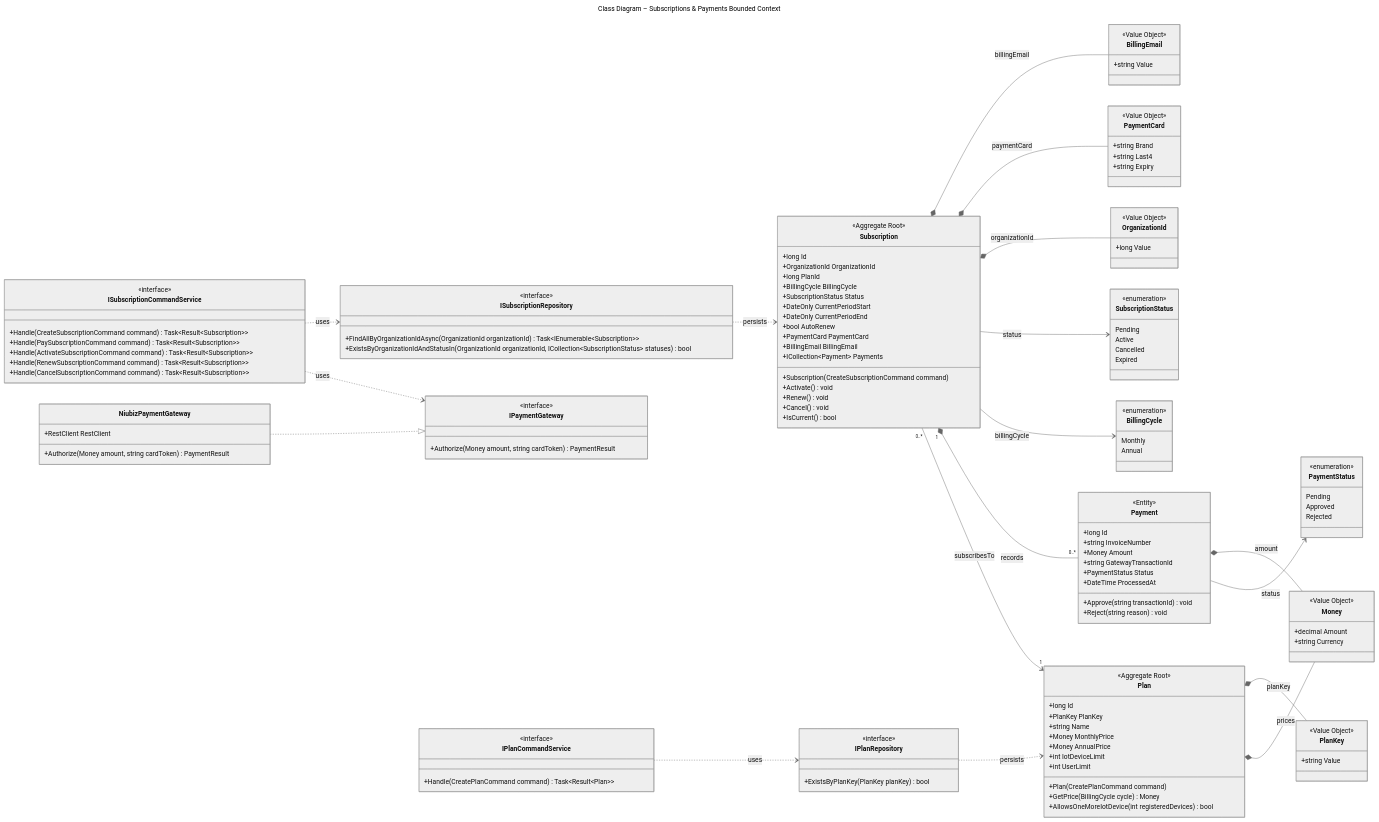
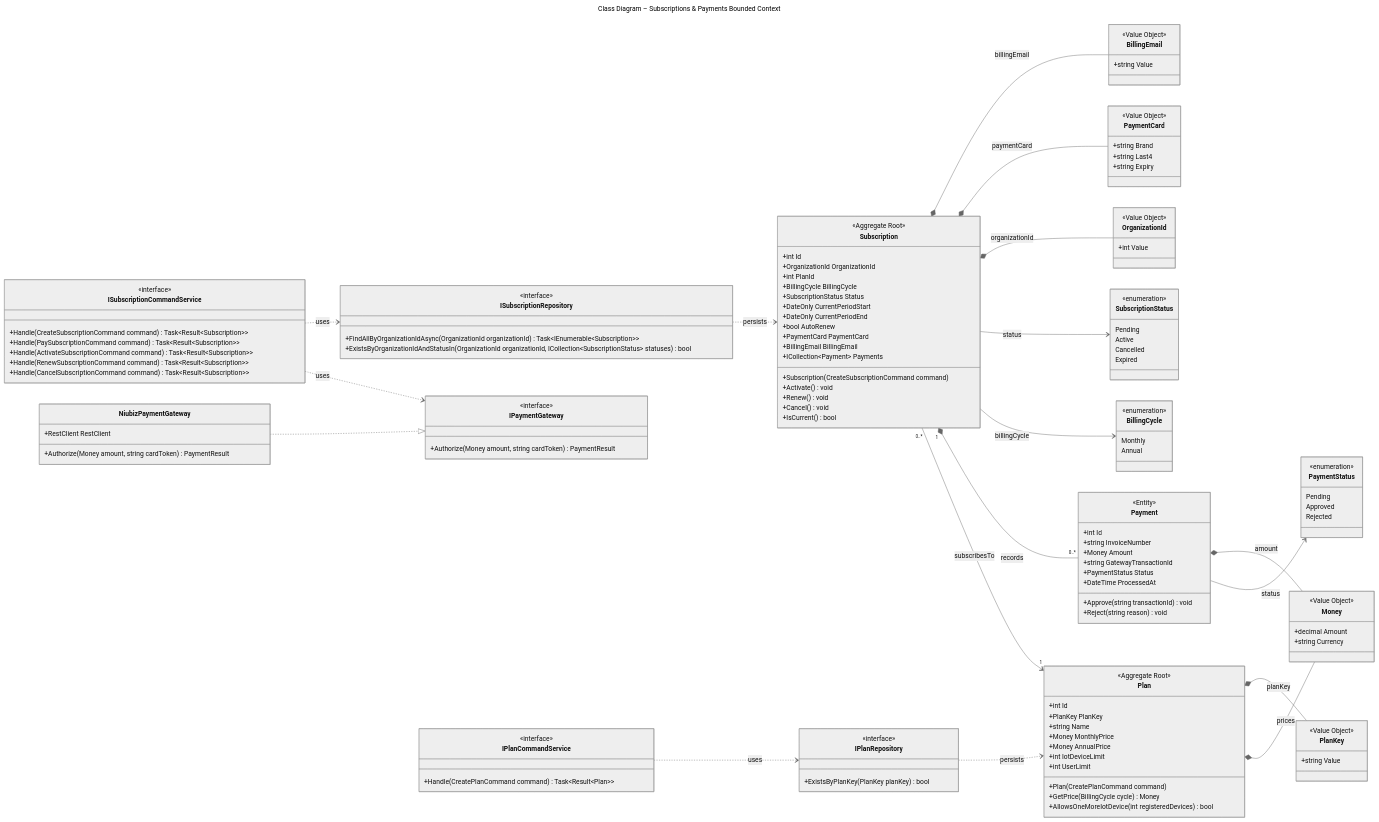
The diagram in assets/diagrams/mermaid/class-03-subscriptions.mmd (IngesCompanyCC/doofplus-report), drawn with Mermaid (neutral theme) before and after one commit. The commit also changed 24 other files, not shown here.

Commit message:
fix(diagrams): use int ids and add the manufacturing columns the backend already has

```diff
--- a/assets/diagrams/mermaid/class-03-subscriptions.mmd
+++ b/assets/diagrams/mermaid/class-03-subscriptions.mmd
@@ -1,135 +1,135 @@
 ---
 title: "Class Diagram – Subscriptions & Payments Bounded Context"
 ---
 classDiagram
   direction LR
   class Plan {
     <<Aggregate Root>>
-    +long Id
+    +int Id
     +PlanKey PlanKey
     +string Name
     +Money MonthlyPrice
     +Money AnnualPrice
     +int IotDeviceLimit
     +int UserLimit
     +Plan(CreatePlanCommand command)
     +GetPrice(BillingCycle cycle) Money
     +AllowsOneMoreIotDevice(int registeredDevices) bool
   }
   class Subscription {
     <<Aggregate Root>>
-    +long Id
+    +int Id
     +OrganizationId OrganizationId
-    +long PlanId
+    +int PlanId
     +BillingCycle BillingCycle
     +SubscriptionStatus Status
     +DateOnly CurrentPeriodStart
     +DateOnly CurrentPeriodEnd
     +bool AutoRenew
     +PaymentCard PaymentCard
     +BillingEmail BillingEmail
     +ICollection~Payment~ Payments
     +Subscription(CreateSubscriptionCommand command)
     +Activate() void
     +Renew() void
     +Cancel() void
     +IsCurrent() bool
   }
   class Payment {
     <<Entity>>
-    +long Id
+    +int Id
     +string InvoiceNumber
     +Money Amount
     +string GatewayTransactionId
     +PaymentStatus Status
     +DateTime ProcessedAt
     +Approve(string transactionId) void
     +Reject(string reason) void
   }
   class Money {
     <<Value Object>>
     +decimal Amount
     +string Currency
   }
   class PlanKey {
     <<Value Object>>
     +string Value
   }
   class OrganizationId {
     <<Value Object>>
-    +long Value
+    +int Value
   }
   class PaymentCard {
     <<Value Object>>
     +string Brand
     +string Last4
     +string Expiry
   }
   class BillingEmail {
     <<Value Object>>
     +string Value
   }
   class BillingCycle {
     <<enumeration>>
     Monthly
     Annual
   }
   class SubscriptionStatus {
     <<enumeration>>
     Pending
     Active
     Cancelled
     Expired
   }
   class PaymentStatus {
     <<enumeration>>
     Pending
     Approved
     Rejected
   }
   class IPaymentGateway {
     <<interface>>
     +Authorize(Money amount, string cardToken) PaymentResult
   }
   class NiubizPaymentGateway {
     +RestClient RestClient
     +Authorize(Money amount, string cardToken) PaymentResult
   }
   class IPlanRepository {
     <<interface>>
     +ExistsByPlanKey(PlanKey planKey) bool
   }
   class ISubscriptionRepository {
     <<interface>>
     +FindAllByOrganizationIdAsync(OrganizationId organizationId) Task~IEnumerable~Subscription~~
     +ExistsByOrganizationIdAndStatusIn(OrganizationId organizationId, ICollection~SubscriptionStatus~ statuses) bool
   }
   class IPlanCommandService {
     <<interface>>
     +Handle(CreatePlanCommand command) Task~Result~Plan~~
   }
   class ISubscriptionCommandService {
     <<interface>>
     +Handle(CreateSubscriptionCommand command) Task~Result~Subscription~~
     +Handle(PaySubscriptionCommand command) Task~Result~Subscription~~
     +Handle(ActivateSubscriptionCommand command) Task~Result~Subscription~~
     +Handle(RenewSubscriptionCommand command) Task~Result~Subscription~~
     +Handle(CancelSubscriptionCommand command) Task~Result~Subscription~~
   }
   Subscription "0..*" --> "1" Plan : subscribesTo
   Subscription "1" *-- "0..*" Payment : records
   Subscription --> BillingCycle : billingCycle
   Subscription --> SubscriptionStatus : status
   Subscription *-- OrganizationId : organizationId
   Subscription *-- PaymentCard : paymentCard
   Subscription *-- BillingEmail : billingEmail
   Payment --> PaymentStatus : status
   Payment *-- Money : amount
   Plan *-- Money : prices
   Plan *-- PlanKey : planKey
   NiubizPaymentGateway ..|> IPaymentGateway
   ISubscriptionCommandService ..> IPaymentGateway : uses
   IPlanCommandService ..> IPlanRepository : uses
   ISubscriptionCommandService ..> ISubscriptionRepository : uses
   IPlanRepository ..> Plan : persists
   ISubscriptionRepository ..> Subscription : persists
```
